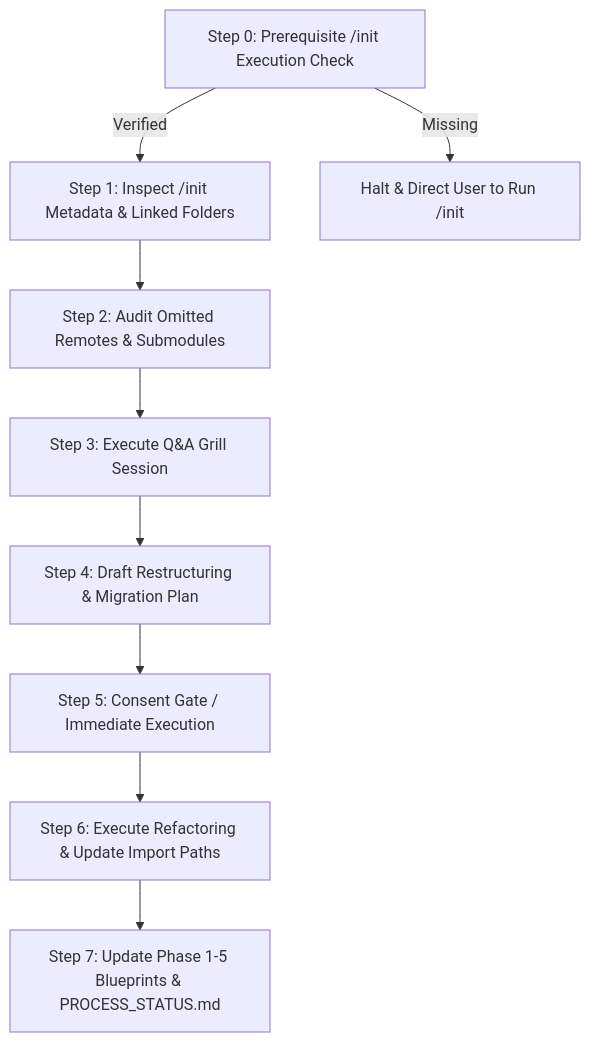
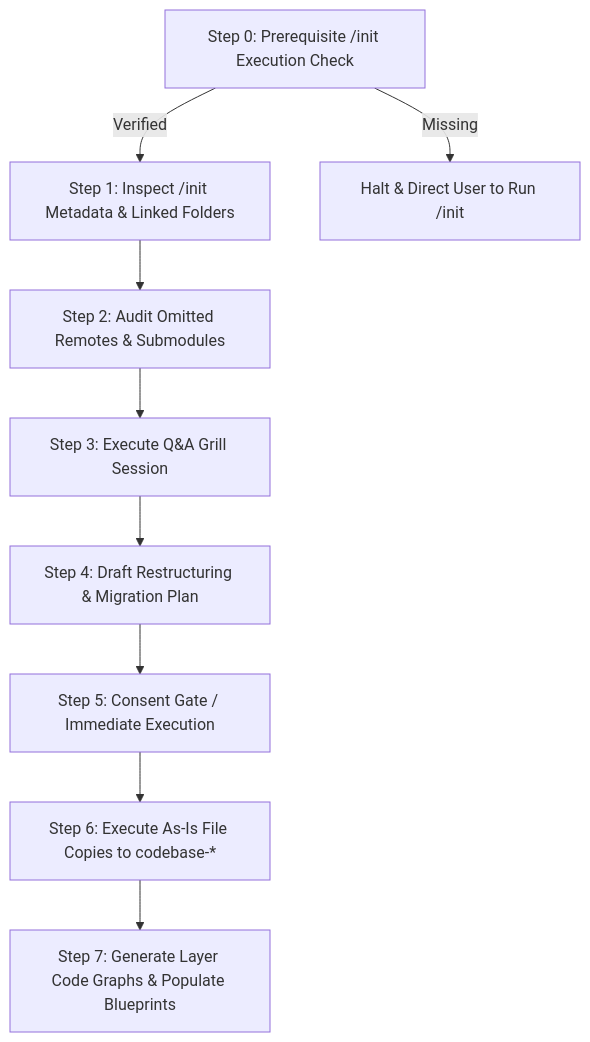
One commit to hrvthgergo/agent-driven-templates changed the second of 2 diagrams in fullstack_software_dev/process_history/process_history_workflow.md. Above: the diagram before and after it, drawn with Mermaid. The commit also changed other lines of this file and 1 other file, not shown here.

Commit message:
feat: specify layer-scoped code graphs inside codebase-<layer>/ folders

````diff
--- a/fullstack_software_dev/process_history/process_history_workflow.md
+++ b/fullstack_software_dev/process_history/process_history_workflow.md
@@ -72,11 +72,11 @@
 ```mermaid
 graph TD
     S0[Step 0: Prerequisite /init Execution Check] -->|Verified| S1[Step 1: Inspect /init Metadata & Linked Folders]
     S0 -->|Missing| Err[Halt & Direct User to Run /init]
     S1 --> S2[Step 2: Audit Omitted Remotes & Submodules]
     S2 --> S3[Step 3: Execute Q&A Grill Session]
     S3 --> S4[Step 4: Draft Restructuring & Migration Plan]
     S4 --> S5[Step 5: Consent Gate / Immediate Execution]
-    S5 --> S6[Step 6: Execute Refactoring & Update Import Paths]
-    S6 --> S7[Step 7: Update Phase 1-5 Blueprints & PROCESS_STATUS.md]
+    S5 --> S6[Step 6: Execute As-Is File Copies to codebase-*]
+    S6 --> S7[Step 7: Generate Layer Code Graphs & Populate Blueprints]
 ```
````
